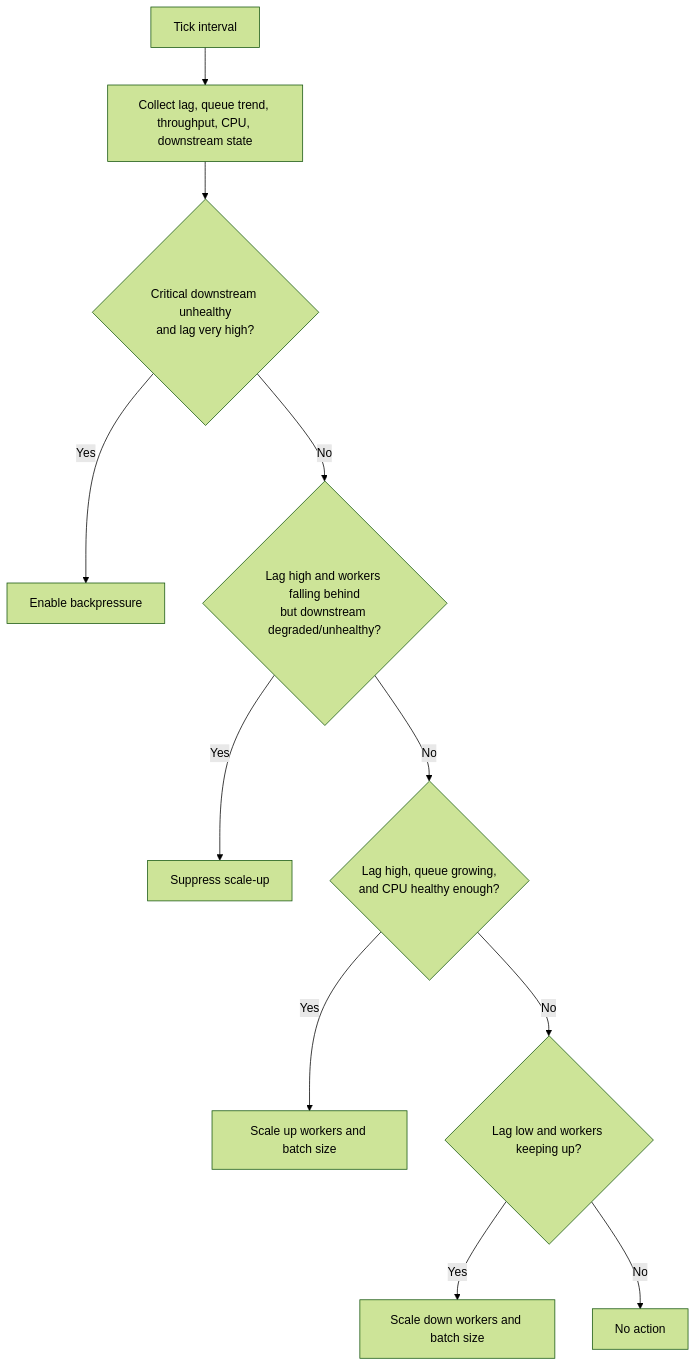
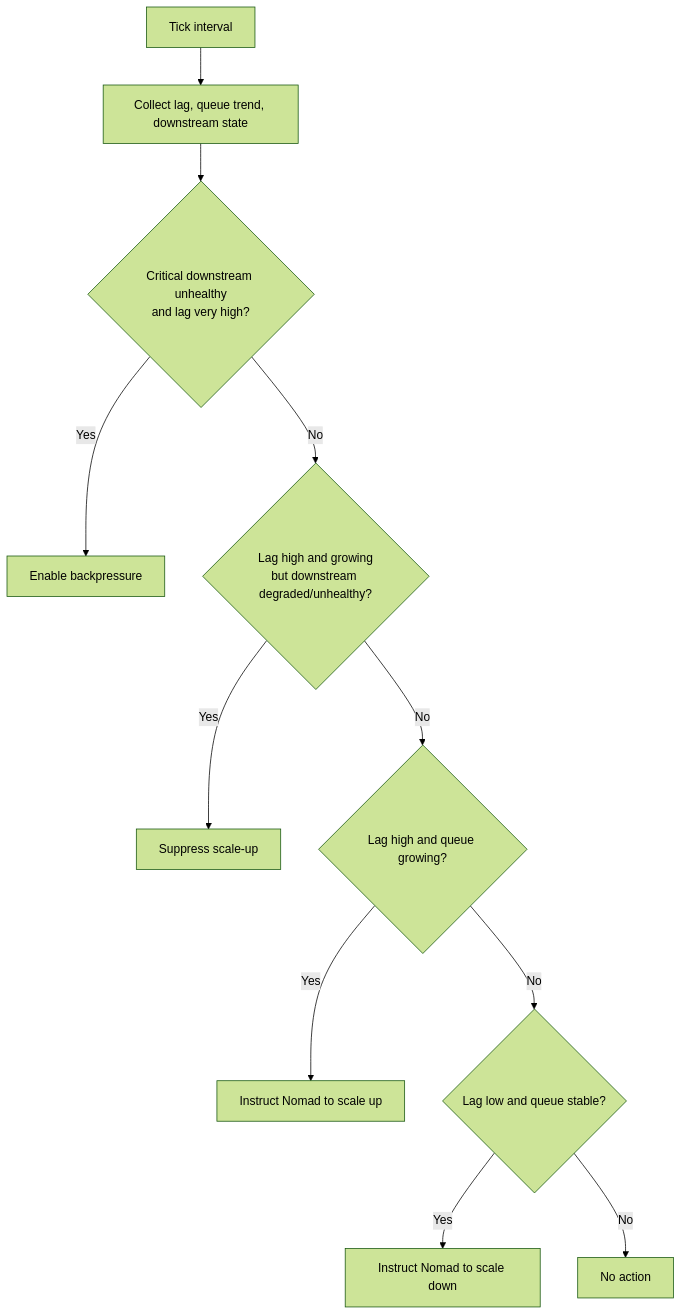
Before and after one commit to sodiqscript111/Autoscaler: the second of 2 diagrams in README.md, drawn with Mermaid (forest theme). The commit also changed other lines of this file, not shown here.

````diff
--- a/README.md
+++ b/README.md
@@ -178,13 +167,13 @@
 ```mermaid
 flowchart TD
-    Start["Tick interval"] --> Inputs["Collect lag, queue trend, throughput, CPU, downstream state"]
+    Start["Tick interval"] --> Inputs["Collect lag, queue trend, downstream state"]
     Inputs --> Critical{"Critical downstream unhealthy<br/>and lag very high?"}
     Critical -- Yes --> Backpressure["Enable backpressure"]
-    Critical -- No --> Protected{"Lag high and workers falling behind<br/>but downstream degraded/unhealthy?"}
+    Critical -- No --> Protected{"Lag high and growing<br/>but downstream degraded/unhealthy?"}
     Protected -- Yes --> Suppress["Suppress scale-up"]
-    Protected -- No --> ScaleUp{"Lag high, queue growing,<br/>and CPU healthy enough?"}
-    ScaleUp -- Yes --> Up["Scale up workers and batch size"]
-    ScaleUp -- No --> ScaleDown{"Lag low and workers keeping up?"}
-    ScaleDown -- Yes --> Down["Scale down workers and batch size"]
+    Protected -- No --> ScaleUp{"Lag high and queue growing?"}
+    ScaleUp -- Yes --> Up["Instruct Nomad to scale up"]
+    ScaleUp -- No --> ScaleDown{"Lag low and queue stable?"}
+    ScaleDown -- Yes --> Down["Instruct Nomad to scale down"]
     ScaleDown -- No --> None["No action"]
 ```
````
